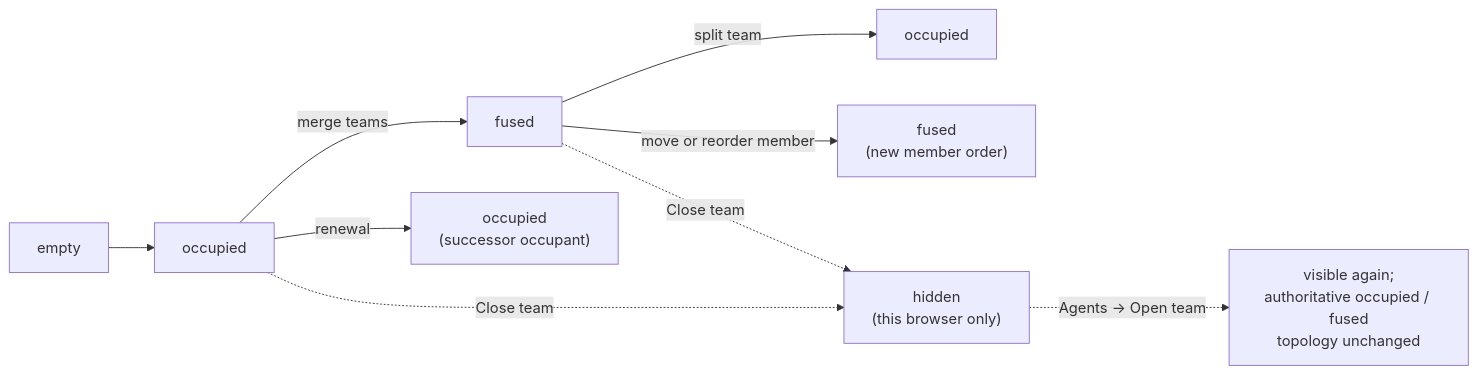
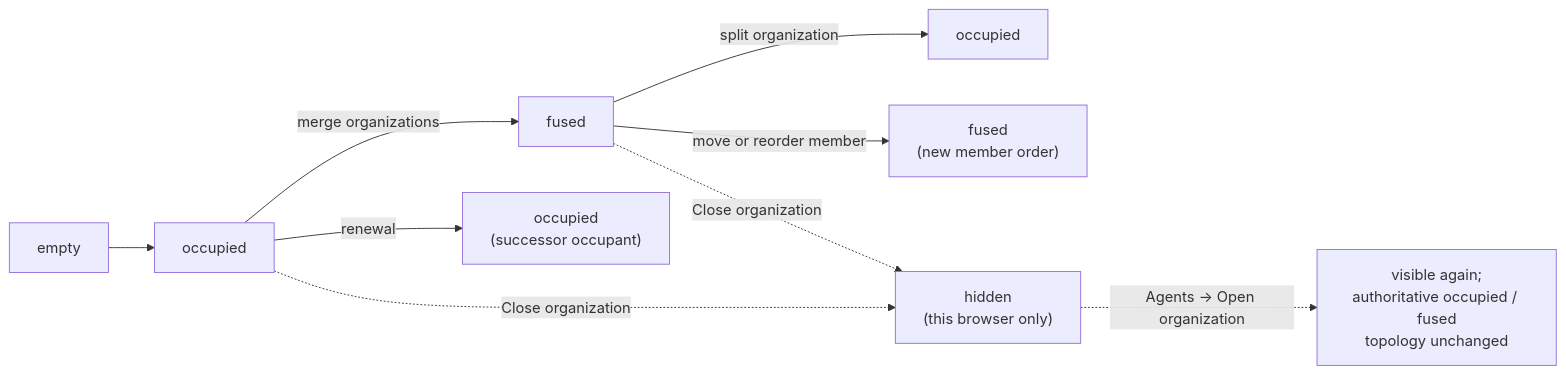
One commit to infimalabs/spice-rust changed diagram 14 of 19 in docs/product/model/states.md. Above: the diagram before and after it, drawn with Mermaid. The commit also changed other lines of this file and 99 other files, not shown here.

````diff
--- a/docs/product/model/states.md
+++ b/docs/product/model/states.md
@@ -322,11 +322,11 @@
 ```mermaid
 flowchart LR
   E["empty"] --> O["occupied"]
-  O -->|"merge teams"| F["fused"]
+  O -->|"merge organizations"| F["fused"]
   O -->|"renewal"| OR["occupied<br/>(successor occupant)"]
-  F -->|"split team"| OS["occupied"]
+  F -->|"split organization"| OS["occupied"]
   F -->|"move or reorder member"| FR["fused<br/>(new member order)"]
-  O -.->|"Close team"| H["hidden<br/>(this browser only)"]
-  F -.->|"Close team"| H
-  H -.->|"Agents → Open team"| V["visible again;<br/>authoritative occupied / fused<br/>topology unchanged"]
+  O -.->|"Close organization"| H["hidden<br/>(this browser only)"]
+  F -.->|"Close organization"| H
+  H -.->|"Agents → Open organization"| V["visible again;<br/>authoritative occupied / fused<br/>topology unchanged"]
 ```
````
